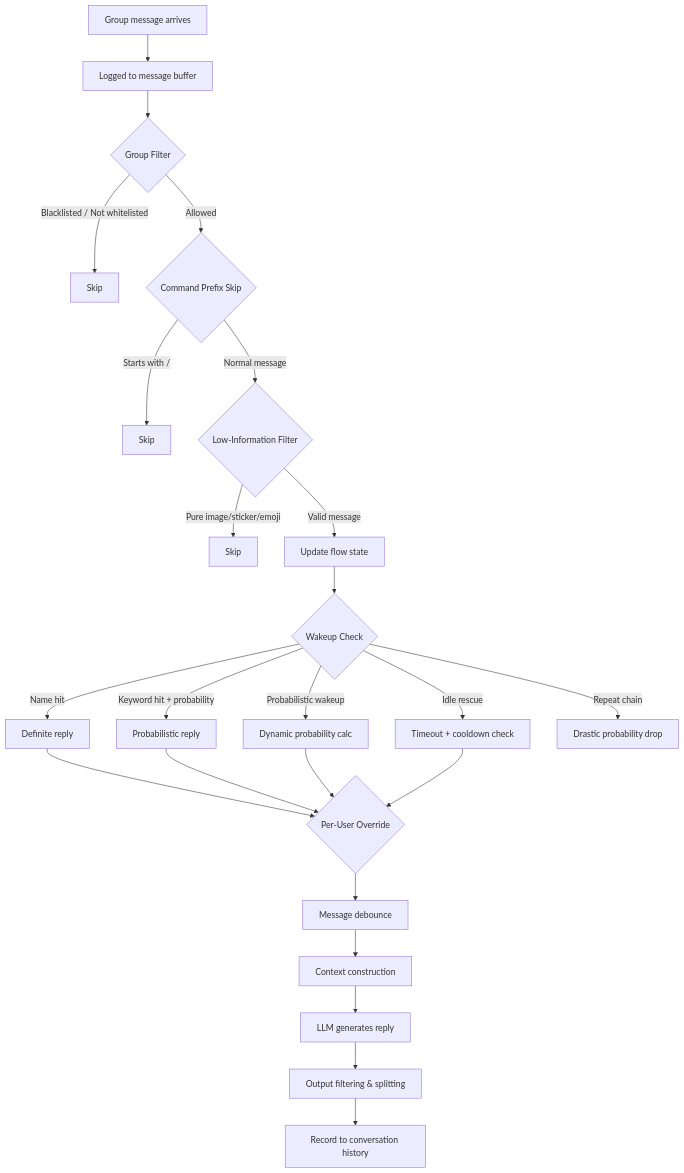
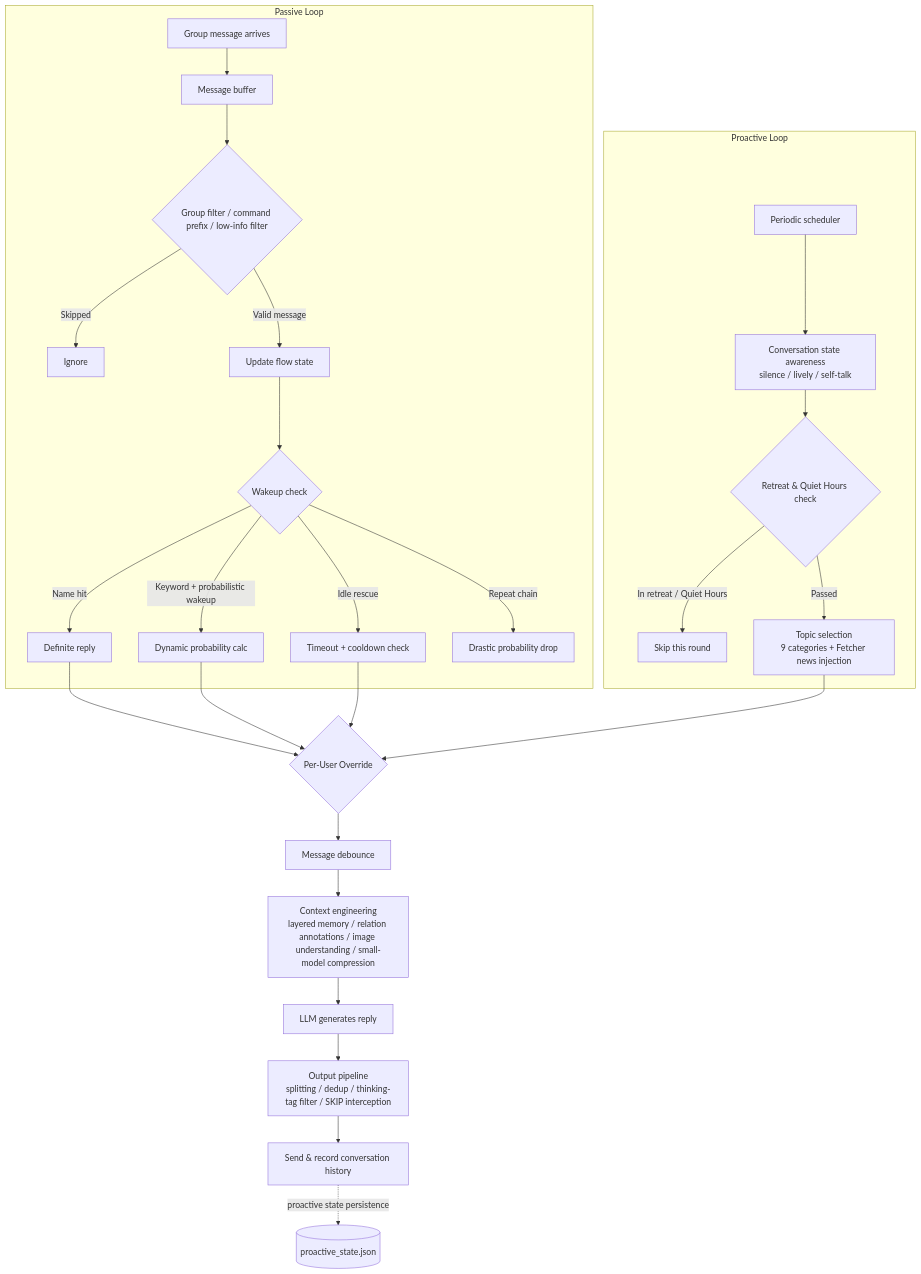
One commit to MagicalYuYu/astrbot_plugin_smart_wakeup changed the diagram in README_EN.md. Above: the diagram before and after it, drawn with Mermaid. The commit also changed other lines of this file and 14 other files, not shown here.

````diff
--- a/README_EN.md
+++ b/README_EN.md
@@ -201,23 +295,27 @@
 ```mermaid
 flowchart TD
-    A[Group message arrives] --> B[Logged to message buffer]
-    B --> C{Group Filter}
-    C -->|Blacklisted / Not whitelisted| D[Skip]
-    C -->|Allowed| E{Command Prefix Skip}
-    E -->|Starts with /| F[Skip]
-    E -->|Normal message| G{Low-Information Filter}
-    G -->|Pure image/sticker/emoji| H[Skip]
-    G -->|Valid message| I[Update flow state]
-    I --> J{Wakeup Check}
-    J -->|Name hit| K[Definite reply]
-    J -->|Keyword hit + probability| L[Probabilistic reply]
-    J -->|Probabilistic wakeup| M[Dynamic probability calc]
-    J -->|Idle rescue| N[Timeout + cooldown check]
-    J -->|Repeat chain| O[Drastic probability drop]
-    K & L & M & N --> P{Per-User Override}
+    subgraph Passive Loop
+        A[Group message arrives] --> B[Message buffer]
+        B --> C{Group filter / command prefix / low-info filter}
+        C -->|Skipped| D[Ignore]
+        C -->|Valid message| E[Update flow state]
+        E --> F{Wakeup check}
+        F -->|Name hit| G[Definite reply]
+        F -->|Keyword + probabilistic wakeup| H[Dynamic probability calc]
+        F -->|Idle rescue| I[Timeout + cooldown check]
+        F -->|Repeat chain| J[Drastic probability drop]
+    end
+    subgraph Proactive Loop
+        K[Periodic scheduler] --> L[Conversation state awareness<br/>silence / lively / self-talk]
+        L --> M{Retreat & Quiet Hours check}
+        M -->|In retreat / Quiet Hours| N[Skip this round]
+        M -->|Passed| O[Topic selection<br/>9 categories + Fetcher news injection]
+    end
+    G & H & I & O --> P{Per-User Override}
     P --> Q[Message debounce]
-    Q --> R[Context construction]
+    Q --> R[Context engineering<br/>layered memory / relation annotations / image understanding / small-model compression]
     R --> S[LLM generates reply]
-    S --> T[Output filtering & splitting]
-    T --> U[Record to conversation history]
+    S --> T[Output pipeline<br/>splitting / dedup / thinking-tag filter / SKIP interception]
+    T --> U[Send & record conversation history]
+    U -.proactive state persistence.-> V[(proactive_state.json)]
 ```
````
